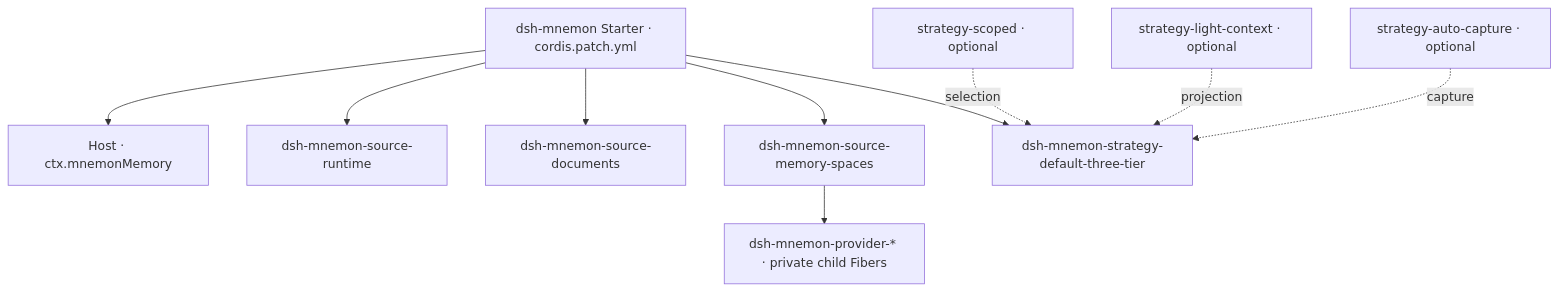
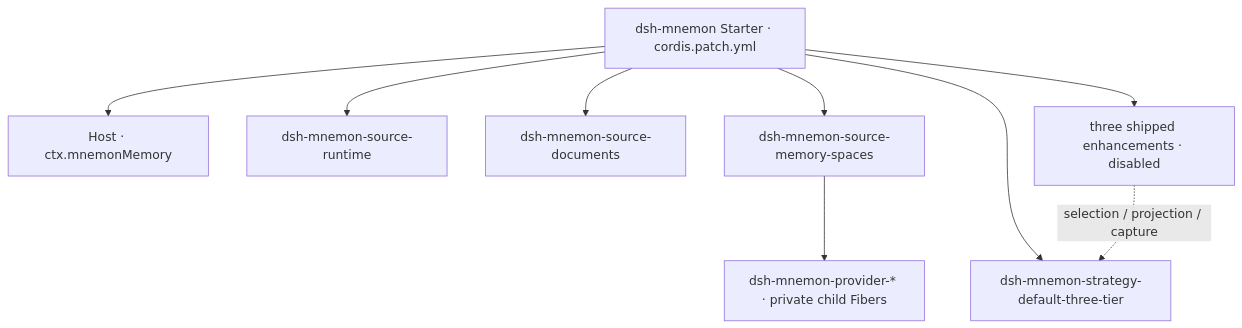
One commit to DerKodex-Repo-Curator/mnemon changed the first of 3 diagrams in dsh/docs/en/architecture.md. Above: the diagram before and after it, drawn with Mermaid. The commit also changed other lines of this file and 13 other files, not shown here.

Commit message:
docs(v0.5): keep plugin architecture developer-facing

````diff
--- a/dsh/docs/en/architecture.md
+++ b/dsh/docs/en/architecture.md
@@ -9,12 +9,11 @@
 ```mermaid
 flowchart TB
   Starter["dsh-mnemon Starter · cordis.patch.yml"] --> Host["Host · ctx.mnemonMemory"]
   Starter --> Runtime["dsh-mnemon-source-runtime"]
   Starter --> Docs["dsh-mnemon-source-documents"]
   Starter --> Spaces["dsh-mnemon-source-memory-spaces"]
   Starter --> Strategy["dsh-mnemon-strategy-default-three-tier"]
-  Scope["strategy-scoped · optional"] -. selection .-> Strategy
-  Light["strategy-light-context · optional"] -. projection .-> Strategy
-  Capture["strategy-auto-capture · optional"] -. capture .-> Strategy
+  Starter --> Helpers["three shipped enhancements · disabled"]
+  Helpers -. selection / projection / capture .-> Strategy
   Spaces --> Providers["dsh-mnemon-provider-* · private child Fibers"]
 ```
````
